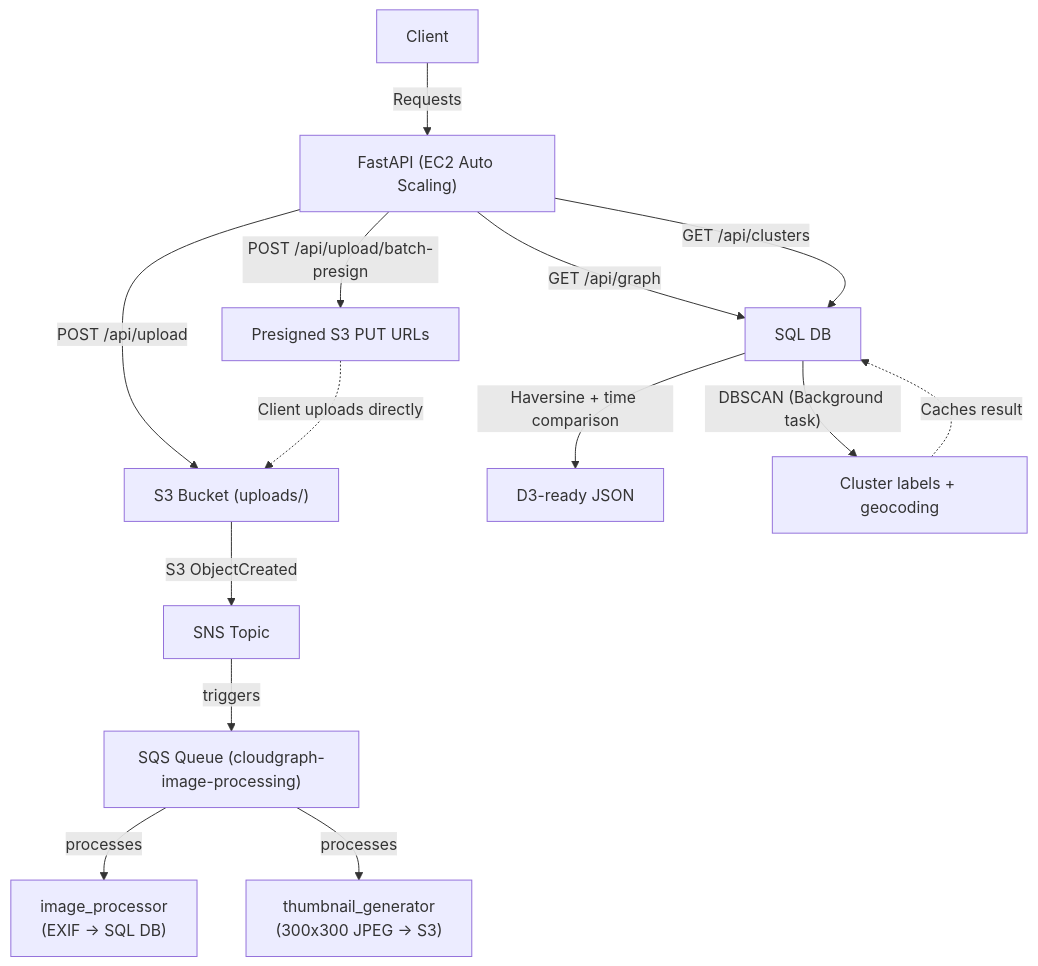
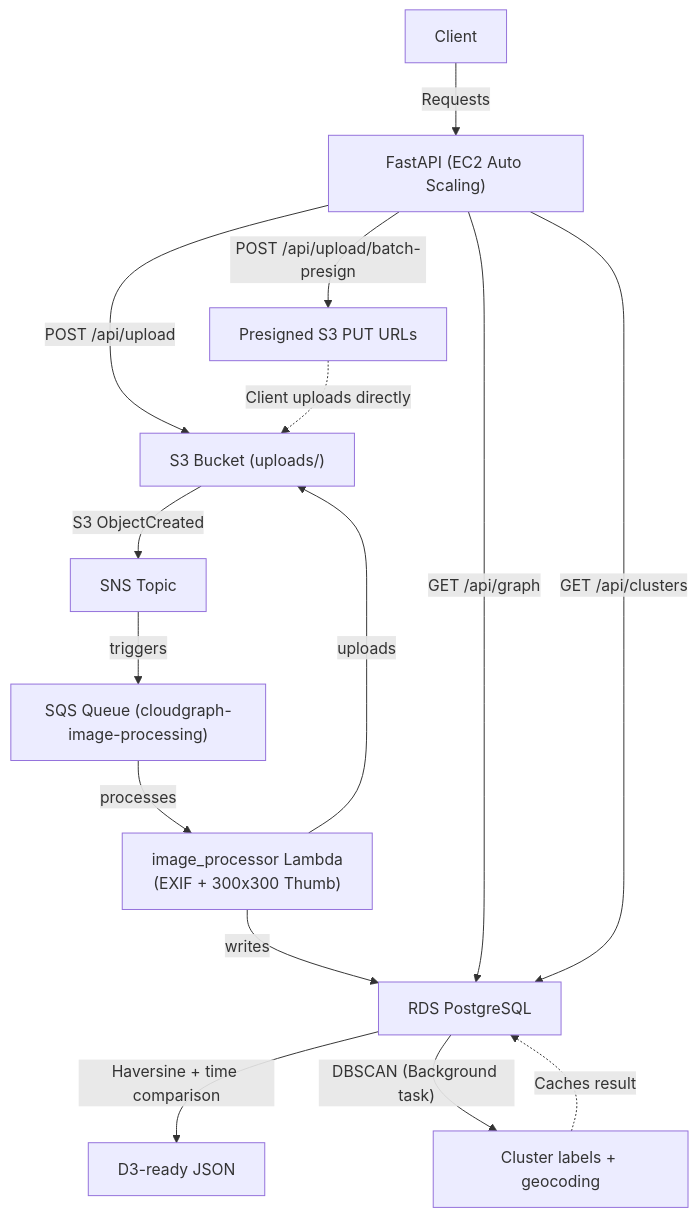
Before and after one commit to jazwinn/CloudProject: the diagram in README.md, drawn with Mermaid. The commit also changed other lines of this file, not shown here.

````diff
--- a/README.md
+++ b/README.md
@@ -89,24 +89,25 @@
 ```mermaid
 graph TD
     Client["Client"] -->|"Requests"| API["FastAPI (EC2 Auto Scaling)"]
 
     %% Upload Flow
     API -->|"POST /api/upload"| S3["S3 Bucket (uploads/)"]
     S3 -->|"S3 ObjectCreated"| SNS["SNS Topic"]
     SNS -->|"triggers"| SQS["SQS Queue (cloudgraph-image-processing)"]
-    SQS -->|"processes"| ImageProc["image_processor<br>(EXIF → SQL DB)"]
-    SQS -->|"processes"| ThumbGen["thumbnail_generator<br>(300x300 JPEG → S3)"]
+    SQS -->|"processes"| ImageProc["image_processor Lambda<br>(EXIF + 300x300 Thumb)"]
+    ImageProc -->|"writes"| DB["RDS PostgreSQL"]
+    ImageProc -->|"uploads"| S3
 
     %% Batch Presign
     API -->|"POST /api/upload/batch-presign"| Presign["Presigned S3 PUT URLs"]
     Presign -.->|"Client uploads directly"| S3
 
     %% Graph Flow
-    API -->|"GET /api/graph"| DB["SQL DB"]
+    API -->|"GET /api/graph"| DB
     DB -->|"Haversine + time comparison"| GraphJSON["D3-ready JSON"]
 
     %% Clusters Flow
     API -->|"GET /api/clusters"| DB
     DB -->|"DBSCAN (Background task)"| Clusters["Cluster labels + geocoding"]
     Clusters -.->|"Caches result"| DB
 ```
````
